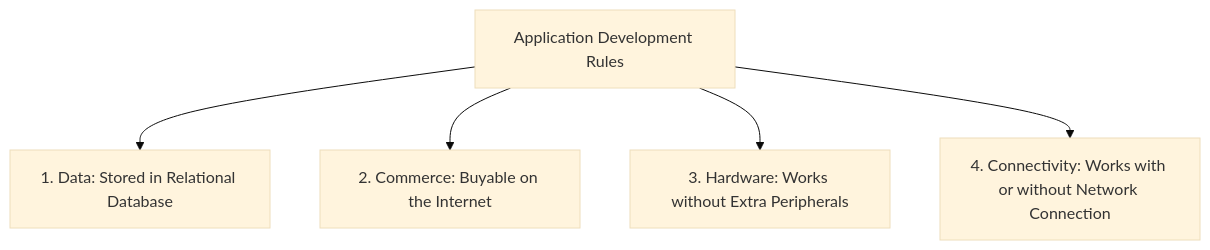
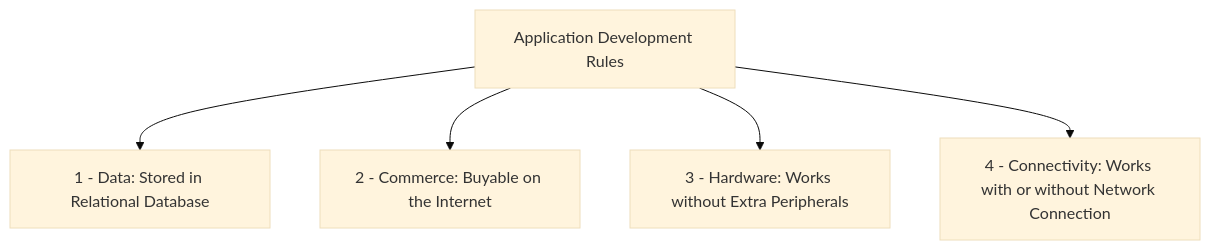
Before and after one commit to meto-data/noetic-logos: the first of 2 diagrams in content/0-ybs-notlari/YBS3003-mesleki-yabanci-dil/ders-1.md, drawn with Mermaid (base theme). The commit also changed other lines of this file and 12 other files, not shown here.

Commit message:
fix: resolve mermaid unsupported markdown list error, fix mermaid pc fullscreen & overflow, replace settings icon with unclipped sliders, and fix mobile image lightbox centering & zoom

````diff
--- a/content/0-ybs-notlari/YBS3003-mesleki-yabanci-dil/ders-1.md
+++ b/content/0-ybs-notlari/YBS3003-mesleki-yabanci-dil/ders-1.md
@@ -48,8 +48,8 @@
 ```mermaid
 graph TD
     AppRules[Application Development Rules]
-    AppRules --> R1["1. Data: Stored in Relational Database"]
-    AppRules --> R2["2. Commerce: Buyable on the Internet"]
-    AppRules --> R3["3. Hardware: Works without Extra Peripherals"]
-    AppRules --> R4["4. Connectivity: Works with or without Network Connection"]
+    AppRules --> R1["1 - Data: Stored in Relational Database"]
+    AppRules --> R2["2 - Commerce: Buyable on the Internet"]
+    AppRules --> R3["3 - Hardware: Works without Extra Peripherals"]
+    AppRules --> R4["4 - Connectivity: Works with or without Network Connection"]
 ```
````
